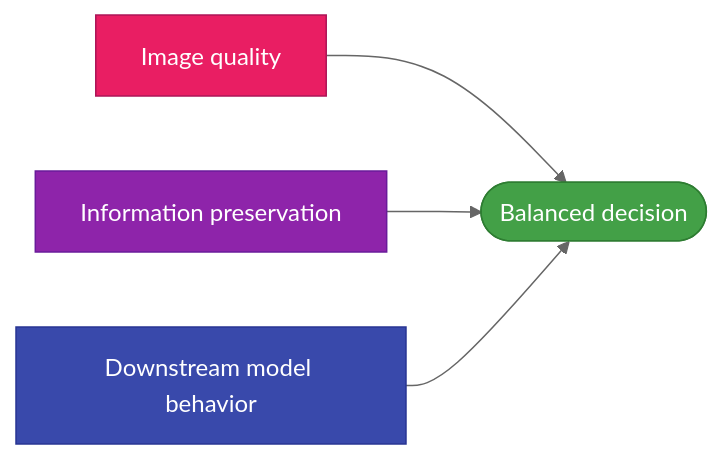
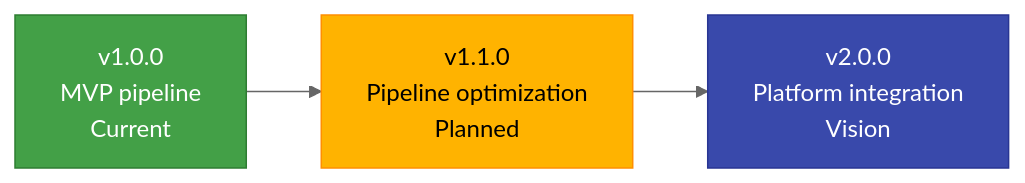
Before and after one commit to stutikatiyar/CapFlow: the fifth of 5 diagrams in README.md, drawn with Mermaid (neutral theme). The commit also changed other lines of this file, not shown here.

````diff
--- a/README.md
+++ b/README.md
@@ -1254,15 +402,11 @@
 ```mermaid
 flowchart LR
-    A["Image quality"] --> D(["Balanced decision"])
-    B["Information preservation"] --> D
-    C["Downstream model behavior"] --> D
+    A["v1.0.0<br/>MVP pipeline<br/>Current"] --> B["v1.1.0<br/>Pipeline optimization<br/>Planned"] --> C["v2.0.0<br/>Platform integration<br/>Vision"]
 
-    classDef a fill:#E91E63,stroke:#AD1457,color:#fff
-    classDef b fill:#8E24AA,stroke:#6A1B9A,color:#fff
+    classDef a fill:#43A047,stroke:#2E7D32,color:#fff
+    classDef b fill:#FFB300,stroke:#FF8F00,color:#000
     classDef c fill:#3949AB,stroke:#283593,color:#fff
-    classDef d fill:#43A047,stroke:#2E7D32,color:#fff
     class A a
     class B b
     class C c
-    class D d
 ```
````
